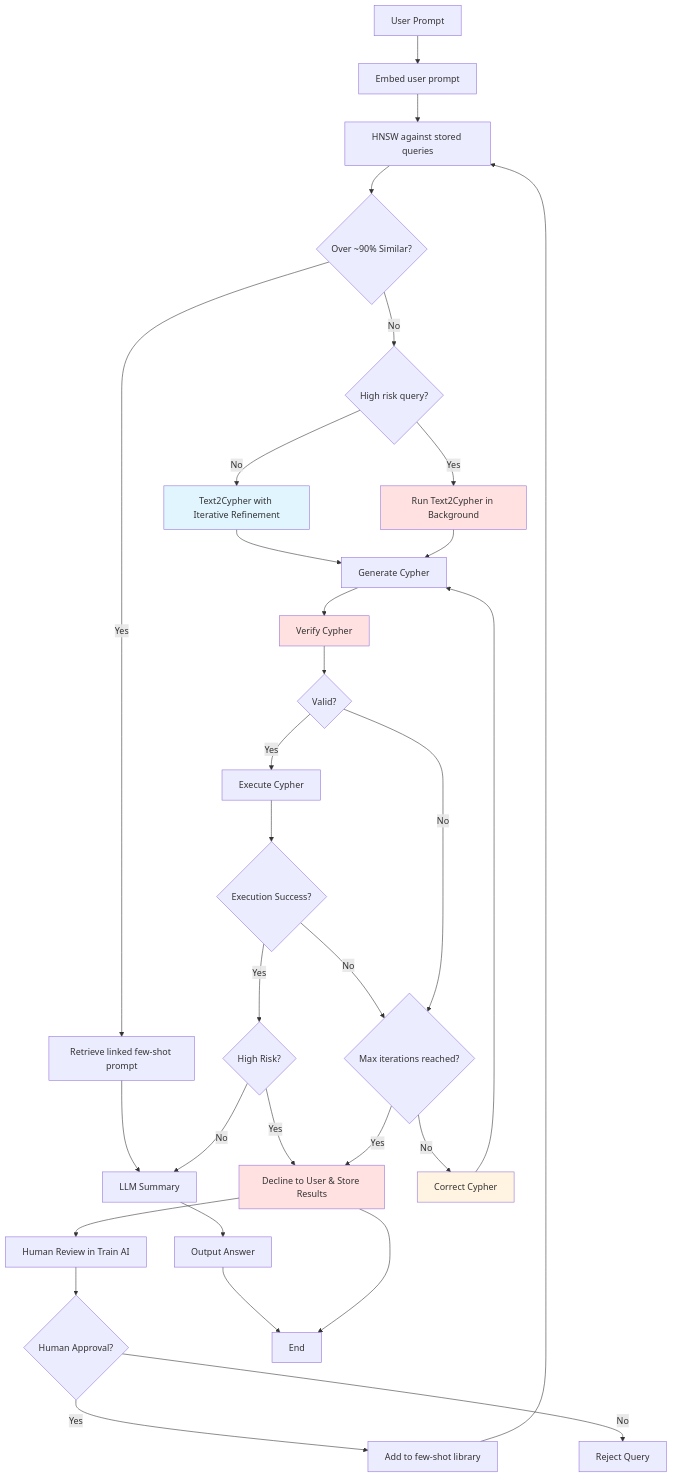
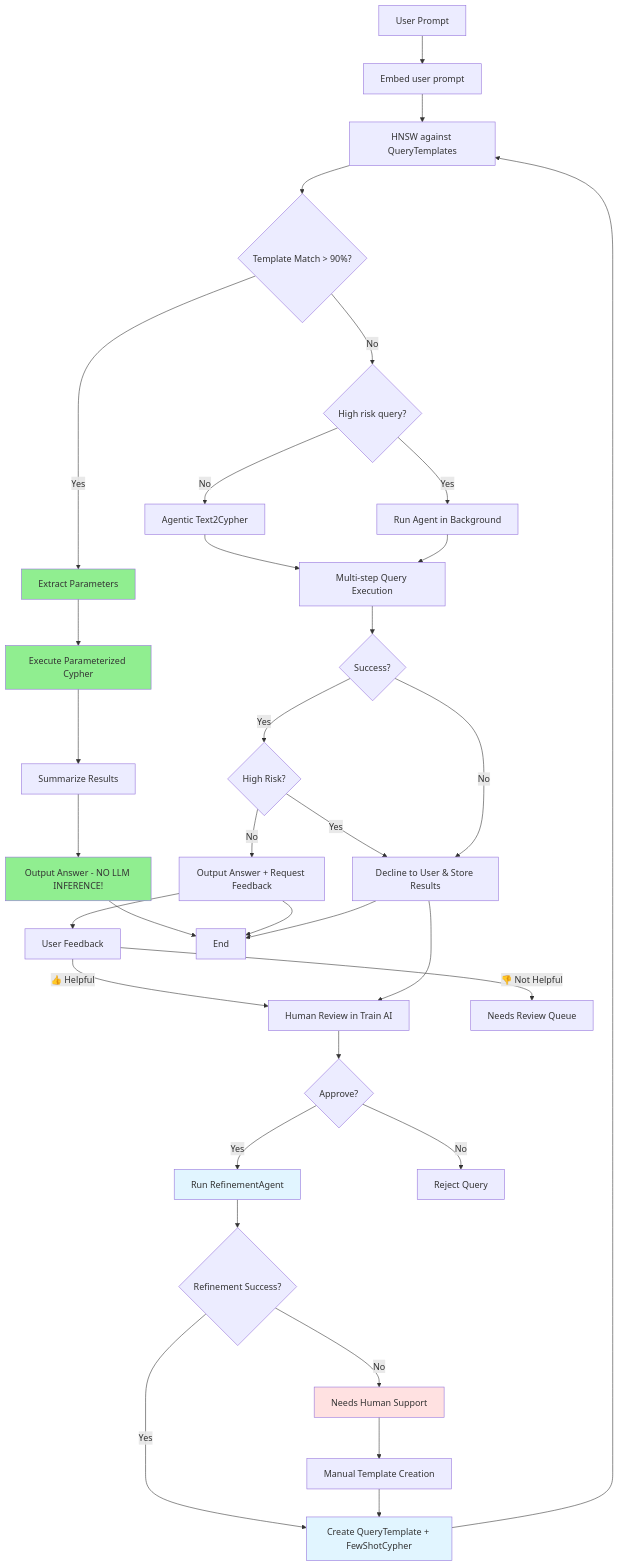
Before and after one commit to cbooth-neo4j/BOOTH_Retriever: the diagram in docs/architecture.md, drawn with Mermaid. The commit also changed other lines of this file and 21 other files, not shown here.

Commit message:
Add refinement agent and update core components

````diff
--- a/docs/architecture.md
+++ b/docs/architecture.md
@@ -5,53 +5,56 @@
 ```mermaid
 flowchart TD
     A[User Prompt] --> B[Embed user prompt]
-    B --> C[HNSW against stored queries]
-    C --> D{Over ~90% Similar?}
+    B --> C[HNSW against QueryTemplates]
+    C --> D{Template Match > 90%?}
     
-    D -->|Yes| E[Retrieve linked few-shot prompt]
-    E --> F[LLM Summary]
-    F --> G[Output Answer]
+    D -->|Yes| E[Extract Parameters]
+    E --> F[Execute Parameterized Cypher]
+    F --> G[Summarize Results]
+    G --> H[Output Answer - NO LLM INFERENCE!]
     
-    D -->|No| H{High risk query?}
+    D -->|No| I{High risk query?}
     
-    H -->|No| I[Text2Cypher with Iterative Refinement]
-    H -->|Yes| I2[Run Text2Cypher in Background]
+    I -->|No| J[Agentic Text2Cypher]
+    I -->|Yes| J2[Run Agent in Background]
     
-    I --> J[Generate Cypher]
-    I2 --> J
+    J --> K[Multi-step Query Execution]
+    J2 --> K
     
-    J --> K[Verify Cypher]
-    K --> L{Valid?}
+    K --> L{Success?}
     
-    L -->|Yes| M[Execute Cypher]
-    M --> N{Execution Success?}
-    
-    N -->|Yes| X{High Risk?}
-    X -->|No| F
-    X -->|Yes| Q[Decline to User & Store Results]
-    
-    N -->|No| O{Max iterations reached?}
+    L -->|Yes| M{High Risk?}
+    M -->|No| N[Output Answer + Request Feedback]
+    M -->|Yes| O[Decline to User & Store Results]
     
     L -->|No| O
     
-    O -->|No| P[Correct Cypher]
-    P --> J
+    N --> P[User Feedback]
+    P -->|👍 Helpful| Q[Human Review in Train AI]
+    P -->|👎 Not Helpful| R[Needs Review Queue]
     
-    O -->|Yes| Q
-    Q --> R[Human Review in Train AI]
-    R --> S{Human Approval?}
+    O --> Q
     
-    S -->|Yes| T[Add to few-shot library]
-    T --> C
-    
+    Q --> S{Approve?}
+    S -->|Yes| T[Run RefinementAgent]
     S -->|No| U[Reject Query]
     
-    G --> V[End]
-    Q --> V
+    T --> V{Refinement Success?}
+    V -->|Yes| W[Create QueryTemplate + FewShotCypher]
+    W --> C
     
-    style I fill:#e1f5ff
-    style I2 fill:#ffe1e1
-    style K fill:#ffe1e1
-    style P fill:#fff4e1
-    style Q fill:#ffe1e1
+    V -->|No| X[Needs Human Support]
+    X --> Y[Manual Template Creation]
+    Y --> W
+    
+    H --> Z[End]
+    N --> Z
+    O --> Z
+    
+    style E fill:#90EE90
+    style F fill:#90EE90
+    style H fill:#90EE90
+    style T fill:#e1f5ff
+    style W fill:#e1f5ff
+    style X fill:#ffe1e1
 ```
````
